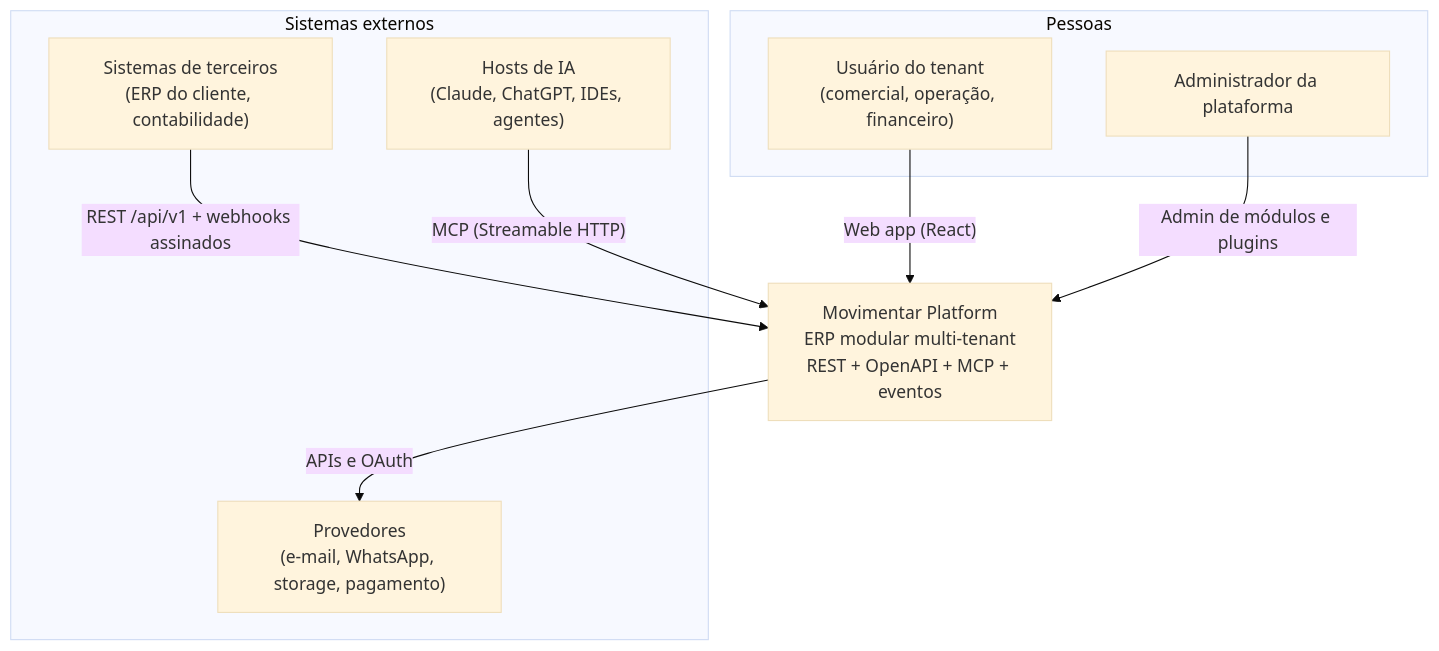
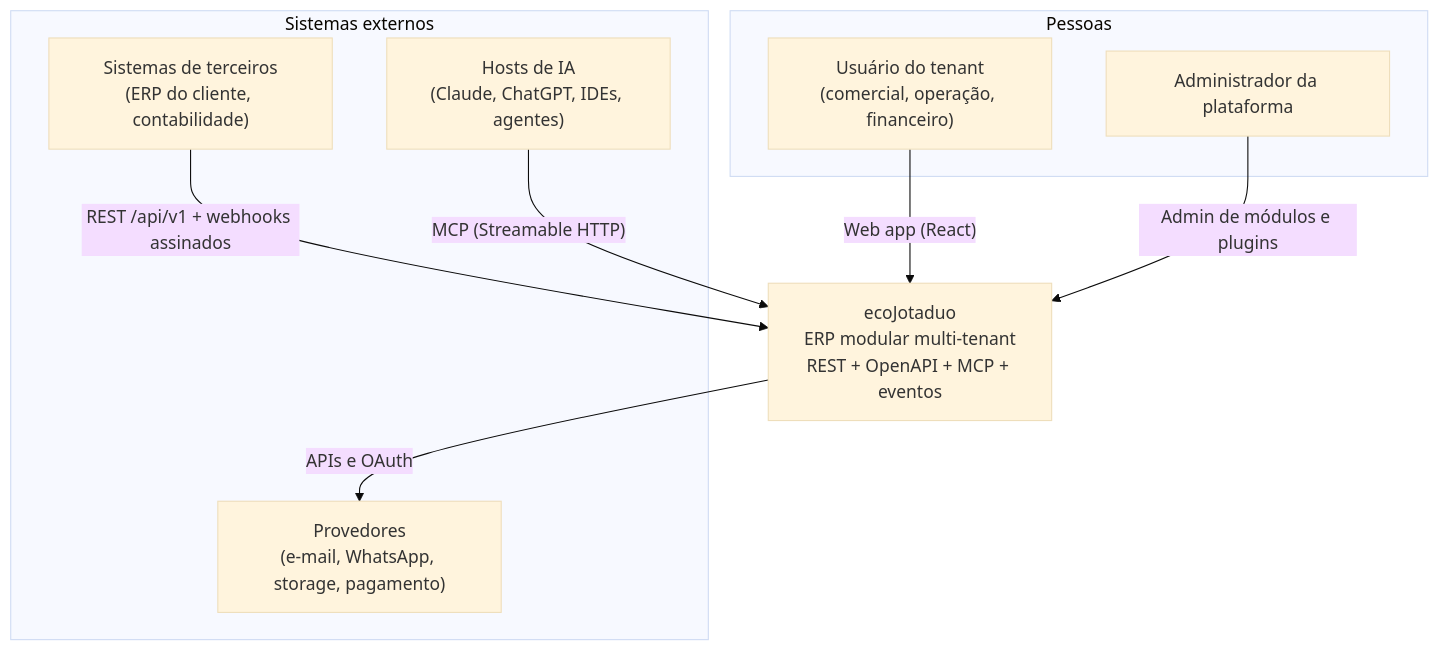
One commit to devjotaduo/ecoJotaduo changed the diagram in docs/architecture/system-context.md. Above: the diagram before and after it, drawn with Mermaid (base theme). The commit also changed other lines of this file and 113 other files, not shown here.

First line of the commit message:
refactor: renomeia o produto de Movimentar para ecoJotaduo

````diff
--- a/docs/architecture/system-context.md
+++ b/docs/architecture/system-context.md
@@ -6,21 +6,21 @@
 ```mermaid
 flowchart TB
     subgraph PEOPLE["Pessoas"]
         OPERATOR["Usuário do tenant<br/>(comercial, operação, financeiro)"]
         PLATFORMADMIN["Administrador da plataforma"]
     end
 
     subgraph SYSTEMS["Sistemas externos"]
         THIRD["Sistemas de terceiros<br/>(ERP do cliente, contabilidade)"]
         AIHOST["Hosts de IA<br/>(Claude, ChatGPT, IDEs, agentes)"]
         PROVIDERS["Provedores<br/>(e-mail, WhatsApp, storage, pagamento)"]
     end
 
-    PLATFORM["Movimentar Platform<br/>ERP modular multi-tenant<br/>REST + OpenAPI + MCP + eventos"]
+    PLATFORM["ecoJotaduo<br/>ERP modular multi-tenant<br/>REST + OpenAPI + MCP + eventos"]
 
     OPERATOR -->|"Web app (React)"| PLATFORM
     PLATFORMADMIN -->|"Admin de módulos e plugins"| PLATFORM
     THIRD -->|"REST /api/v1 + webhooks assinados"| PLATFORM
     AIHOST -->|"MCP (Streamable HTTP)"| PLATFORM
     PLATFORM -->|"APIs e OAuth"| PROVIDERS
 ```
````
